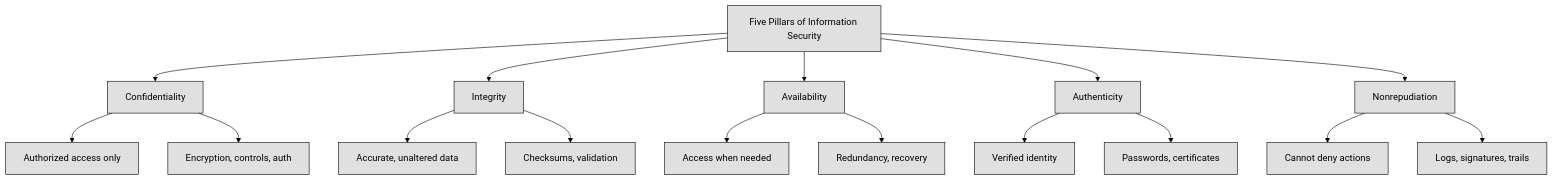
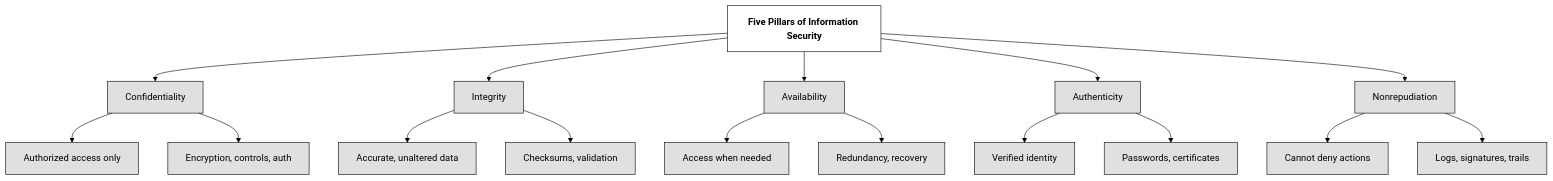
Before and after one commit to lorenzoleonelli/CISSP-Zero-to-Hero: the diagram in DOMAIN1: Security and Risk Management/1.02 Understand and apply security concepts.md, drawn with Mermaid (forest theme).

Commit message:
Enhance security concepts section with key insights
Added a note emphasizing the importance of understanding the five pillars of information security.

````diff
--- a/DOMAIN1: Security and Risk Management/1.02 Understand and apply security concepts.md
+++ b/DOMAIN1: Security and Risk Management/1.02 Understand and apply security concepts.md
@@ -10,27 +10,30 @@
 ```mermaid
 graph TD
     A[Five Pillars of Information Security]
 
     A --> C[Confidentiality]
     C --> C1[Authorized access only]
     C --> C2[Encryption, controls, auth]
 
     A --> I[Integrity]
     I --> I1[Accurate, unaltered data]
     I --> I2[Checksums, validation]
 
     A --> AV[Availability]
     AV --> AV1[Access when needed]
     AV --> AV2[Redundancy, recovery]
 
     A --> AU[Authenticity]
     AU --> AU1[Verified identity]
     AU --> AU2[Passwords, certificates]
 
     A --> N[Nonrepudiation]
     N --> N1[Cannot deny actions]
     N --> N2[Logs, signatures, trails]
 
     classDef center fill:#ffffff,color:#000000,stroke:#000000,stroke-width:1px,font-weight:bold
     classDef node fill:#e0e0e0,color:#000000,stroke:#000000,stroke-width:1px
+    
+    class A center
+    class C,C1,C2,I,I1,I2,AV,AV1,AV2,AU,AU1,AU2,N,N1,N2 node
 ```
````
